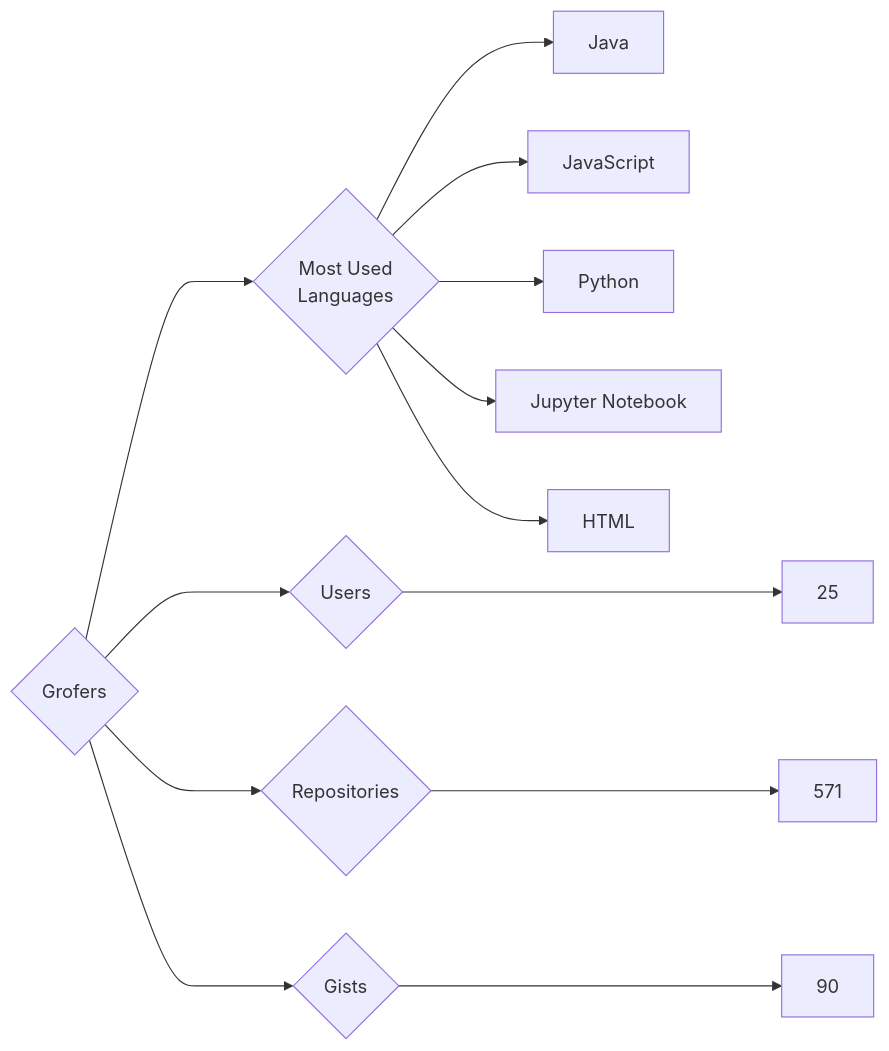
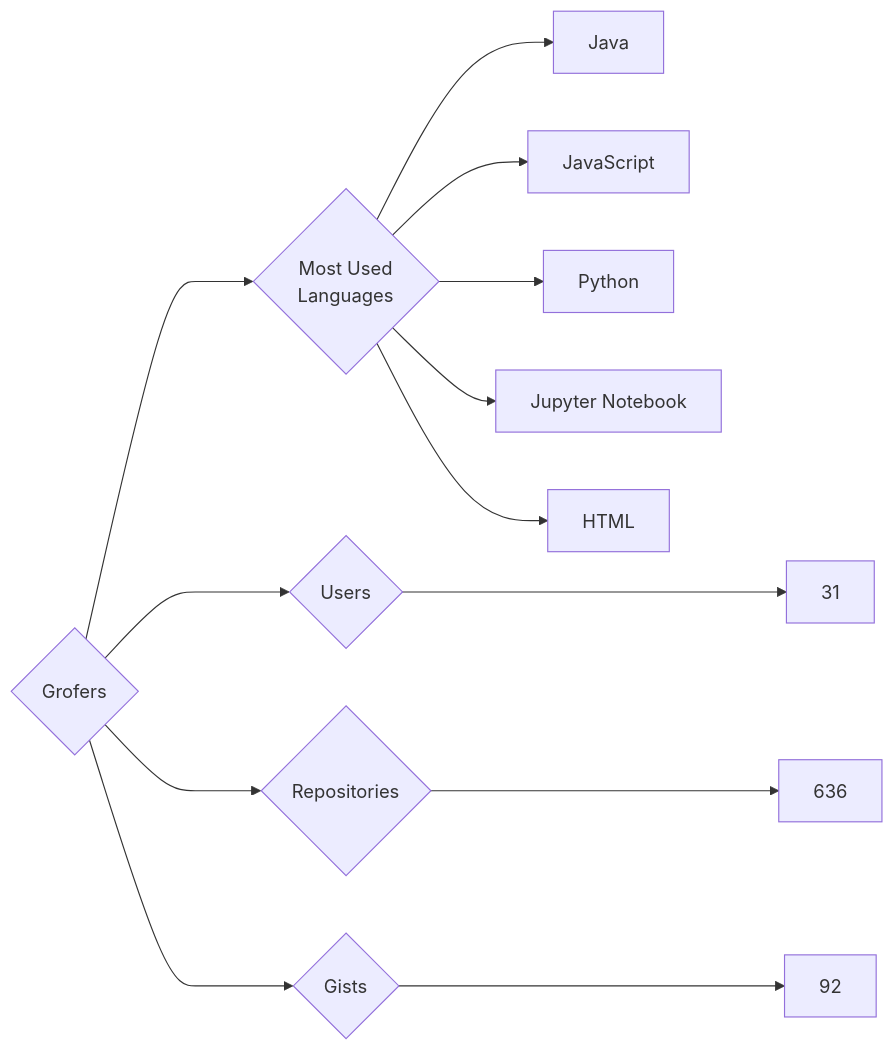
The diagram in targets/Grofers/README.md (trickest/insiders), drawn with Mermaid before and after one commit. The commit also changed 745 other files, not shown here.

````diff
--- a/targets/Grofers/README.md
+++ b/targets/Grofers/README.md
@@ -3,13 +3,13 @@
 ```mermaid
 graph LR
 COMPANY_NAME{Grofers}
-COMPANY_NAME ---> U{Users} ---> UN[25]
-COMPANY_NAME ---> R{Repositories} ---> RN[571]
-COMPANY_NAME ---> G{Gists} ---> GN[90]
+COMPANY_NAME ---> U{Users} ---> UN[31]
+COMPANY_NAME ---> R{Repositories} ---> RN[636]
+COMPANY_NAME ---> G{Gists} ---> GN[92]
 COMPANY_NAME ---> ML{Most Used<br>Languages}
 ML --> Java[Java]
 ML --> JavaScript[JavaScript]
 ML --> Python[Python]
 ML --> Jupyter_Notebook[Jupyter Notebook]
 ML --> HTML[HTML]
 ```
````
